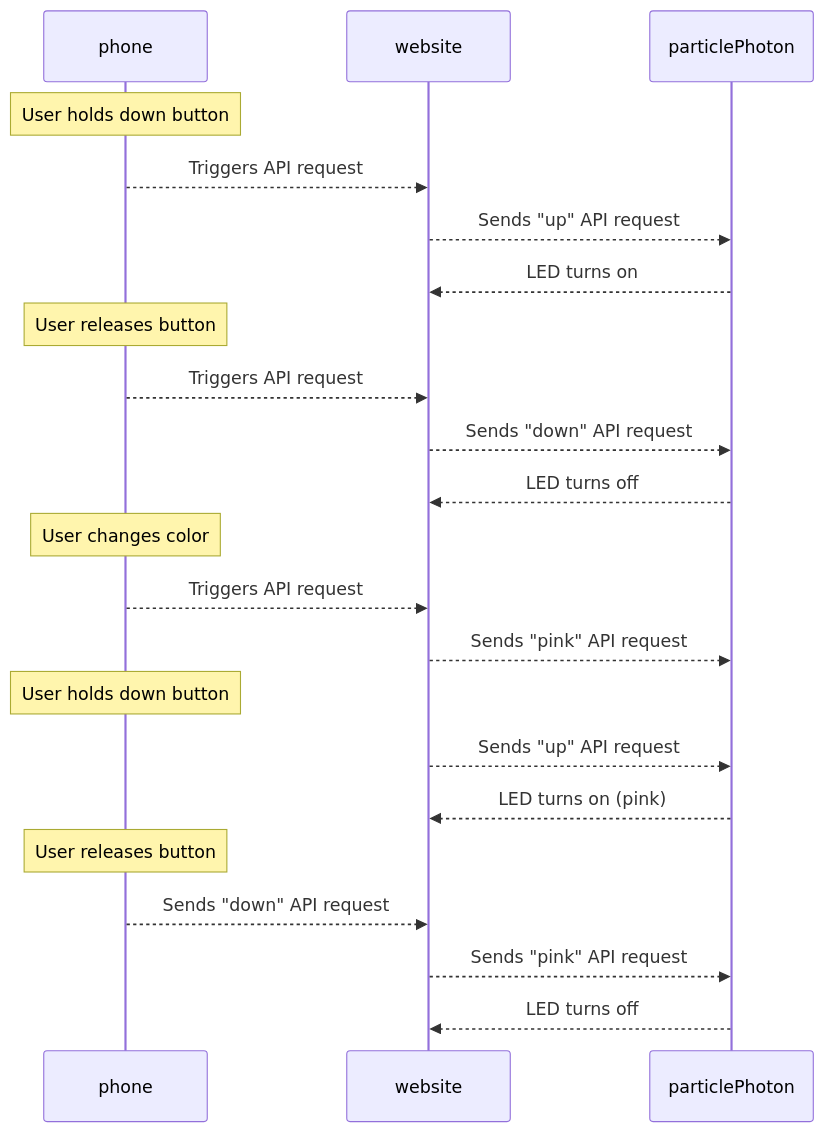
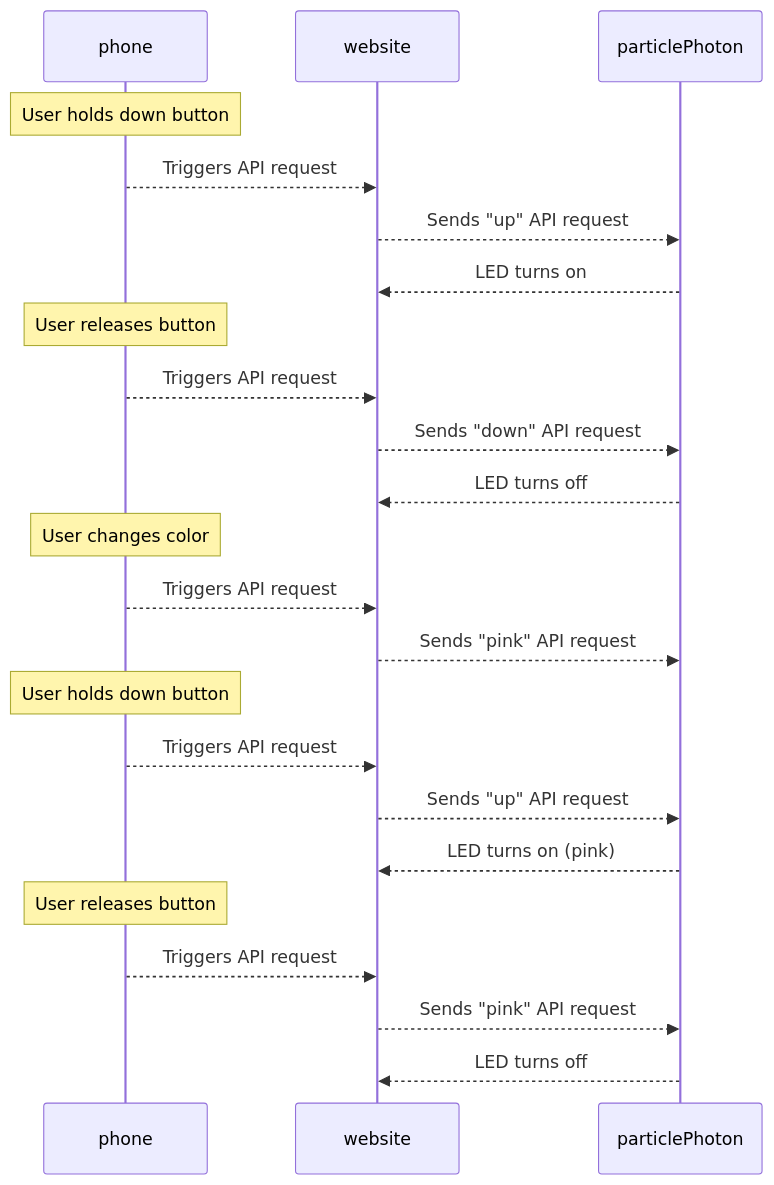
The diagram in ExampleDiagram.md (simon-archer/realWorldLocationPing), drawn with Mermaid before and after one commit.

````diff
--- a/ExampleDiagram.md
+++ b/ExampleDiagram.md
@@ -3,30 +3,31 @@
 ```mermaid
 sequenceDiagram
     participant phone
     participant website
     participant particlePhoton
     
     Note over phone: User holds down button
     phone-->>website: Triggers API request
     website-->>particlePhoton: Sends "up" API request
     particlePhoton -->>website: LED turns on
     
     Note over phone: User releases button
     phone-->>website: Triggers API request
     website -->>particlePhoton: Sends "down" API request
     particlePhoton -->>website: LED turns off
     
     Note over phone: User changes color
     phone-->>website: Triggers API request
     website -->>particlePhoton: Sends "pink" API request
     
     Note over phone: User holds down button
+    phone-->>website: Triggers API request
     website -->>particlePhoton: Sends "up" API request
     particlePhoton -->>website: LED turns on (pink)
 
     Note over phone: User releases button
-    phone -->>website: Sends "down" API request
+    phone-->>website: Triggers API request
     website -->>particlePhoton: Sends "pink" API request
     particlePhoton -->>website: LED turns off
 
 ```
````
